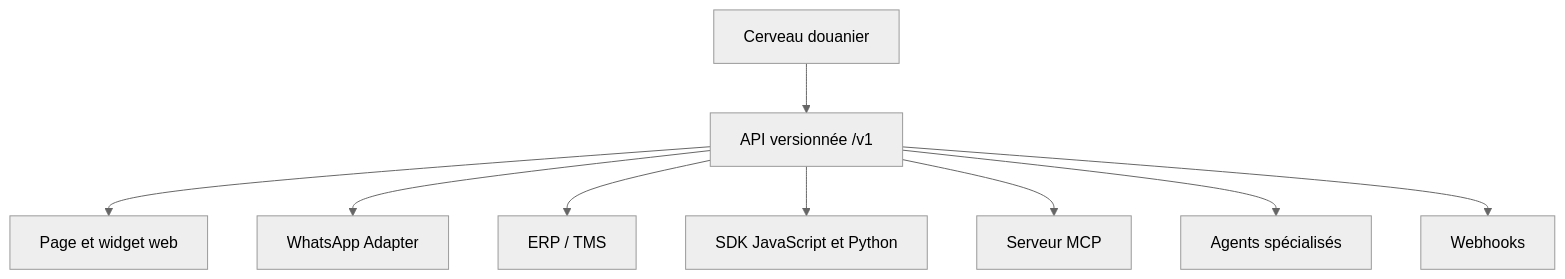
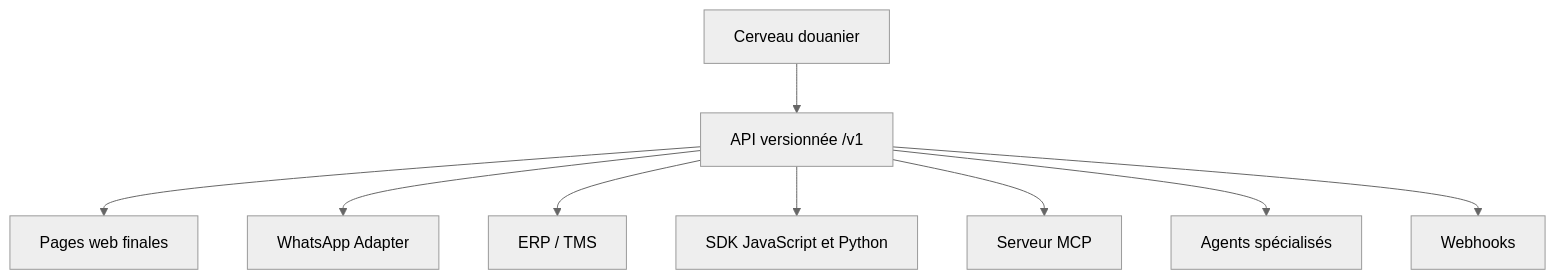
Before and after one commit to madjid90/customs-companion-ai: the diagram in docs/architecture/CHANNELS_AND_INTEGRATIONS.md, drawn with Mermaid (neutral theme). The commit also changed other lines of this file and 11 other files, not shown here.

Commit message:
Document brain-first channel architecture

````diff
--- a/docs/architecture/CHANNELS_AND_INTEGRATIONS.md
+++ b/docs/architecture/CHANNELS_AND_INTEGRATIONS.md
@@ -11,11 +16,11 @@
 ```mermaid
 flowchart TB
   B[Cerveau douanier] --> API[API versionnée /v1]
-  API --> WEB[Page et widget web]
+  API --> WEB[Pages web finales]
   API --> WA[WhatsApp Adapter]
   API --> ERP[ERP / TMS]
   API --> SDK[SDK JavaScript et Python]
   API --> MCP[Serveur MCP]
   API --> AG[Agents spécialisés]
   API --> HOOK[Webhooks]
 ```
````
